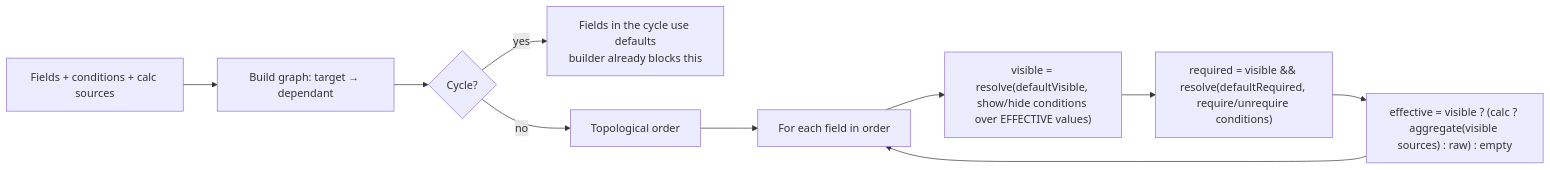
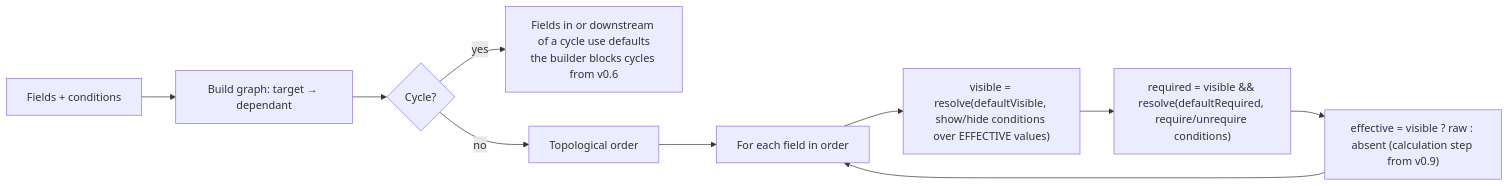
One commit to tarungupta9/form-builder changed the second of 2 diagrams in docs/high-level-design.md. Above: the diagram before and after it, drawn with Mermaid. The commit also changed other lines of this file and 59 other files, not shown here.

````diff
--- a/docs/high-level-design.md
+++ b/docs/high-level-design.md
@@ -432,12 +465,12 @@
 ```mermaid
 flowchart LR
-  A[Fields + conditions + calc sources] --> B[Build graph: target → dependant]
+  A[Fields + conditions] --> B[Build graph: target → dependant]
   B --> C{Cycle?}
-  C -- yes --> C1[Fields in the cycle use defaults<br/>builder already blocks this]
+  C -- yes --> C1[Fields in or downstream of a cycle use defaults<br/>the builder blocks cycles from v0.6]
   C -- no --> D[Topological order]
   D --> E[For each field in order]
   E --> F["visible = resolve(defaultVisible, show/hide conditions over EFFECTIVE values)"]
   F --> G["required = visible && resolve(defaultRequired, require/unrequire conditions)"]
-  G --> H["effective = visible ? (calc ? aggregate(visible sources) : raw) : empty"]
+  G --> H["effective = visible ? raw : absent (calculation step from v0.9)"]
   H --> E
 ```
````
